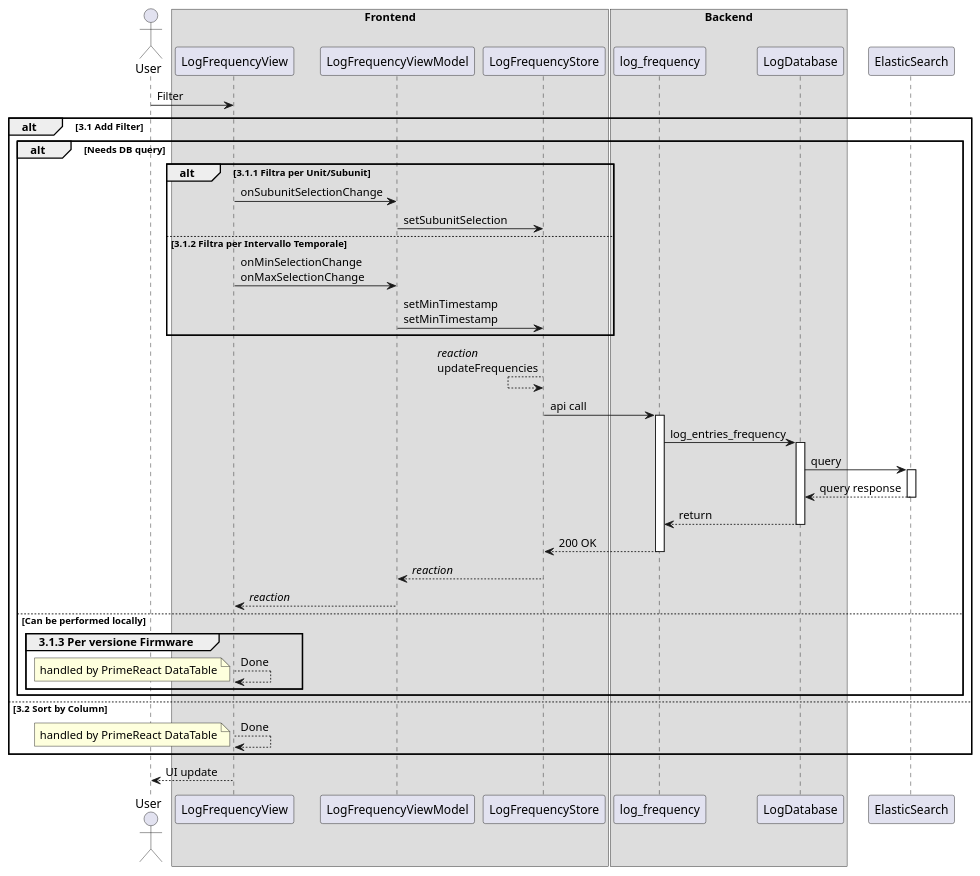
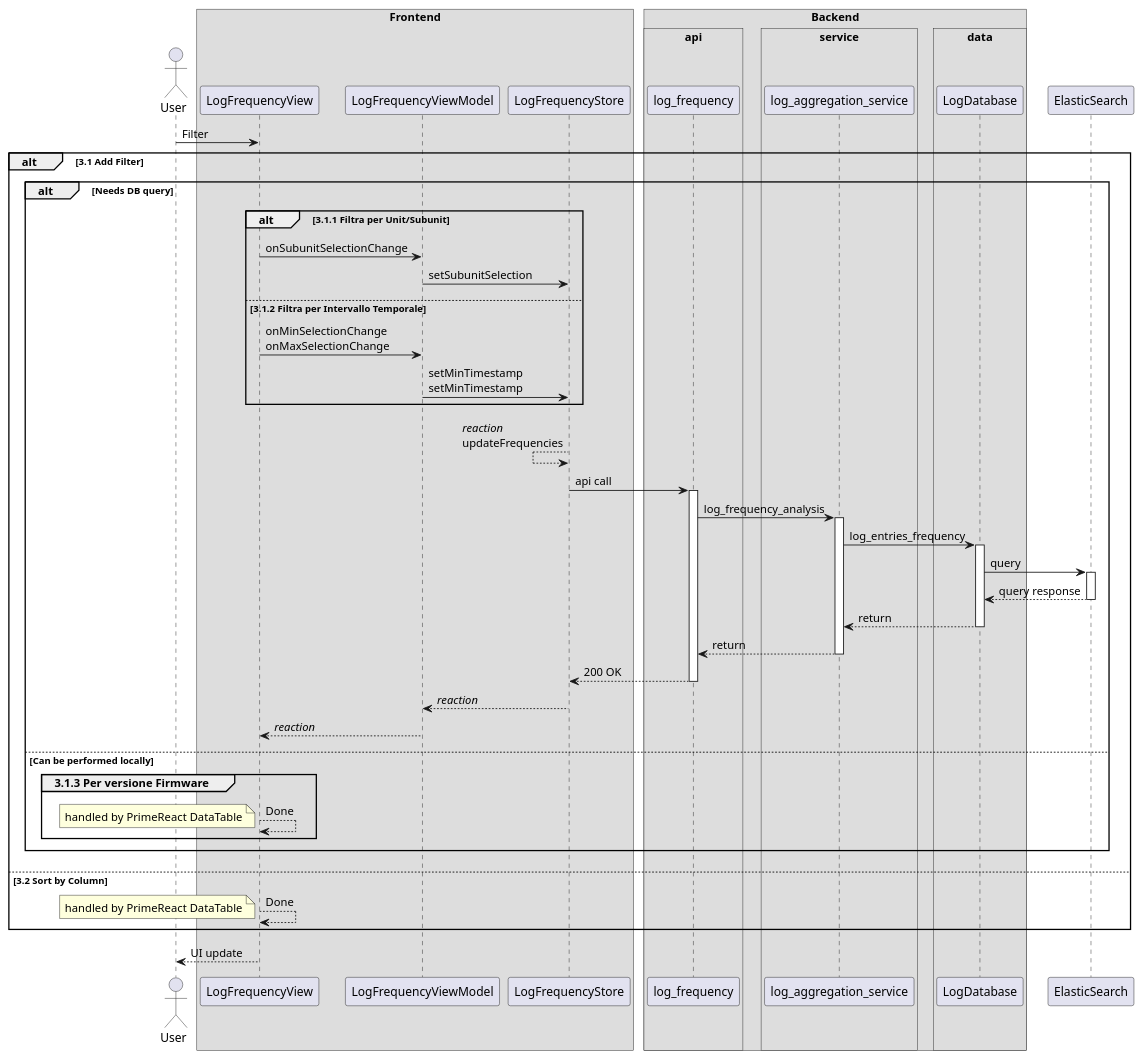
Diagram 11 of 13 in allegato_tecnico.md (sevenelevendevunipd/docs), drawn with PlantUML before and after one commit. The commit also changed other lines of this file and 1 other file, not shown here.

````diff
--- a/allegato_tecnico.md
+++ b/allegato_tecnico.md
@@ -852,55 +920,67 @@
 ```{ .plantuml caption="Diagramma S3"}
 @startuml
+!pragma teoz true
 actor User
 
 box Frontend
 participant LogFrequencyView
 participant LogFrequencyViewModel
 participant LogFrequencyStore
 end box
 
 box Backend
+box api
 participant log_frequency
+end box
+box service
+participant log_aggregation_service
+end box
+box data
 participant LogDatabase
+end box
 end box
 
 participant ElasticSearch
 
 User -> LogFrequencyView:Filter
 alt 3.1 Add Filter
   alt Needs DB query
     alt 3.1.1 Filtra per Unit/Subunit
       LogFrequencyView -> LogFrequencyViewModel: onSubunitSelectionChange
       LogFrequencyViewModel -> LogFrequencyStore: setSubunitSelection
     else 3.1.2 Filtra per Intervallo Temporale
       LogFrequencyView -> LogFrequencyViewModel: onMinSelectionChange\nonMaxSelectionChange
       LogFrequencyViewModel -> LogFrequencyStore: setMinTimestamp\nsetMinTimestamp
     end
     LogFrequencyStore <-- LogFrequencyStore: //reaction//\nupdateFrequencies 
     LogFrequencyStore -> log_frequency: api call
     activate log_frequency
-    log_frequency -> LogDatabase: log_entries_frequency
+    log_frequency -> log_aggregation_service: log_frequency_analysis
+    activate log_aggregation_service
+    log_aggregation_service -> LogDatabase: log_entries_frequency
     activate LogDatabase
     LogDatabase -> ElasticSearch: query
     activate ElasticSearch
     LogDatabase <-- ElasticSearch: query response
     deactivate ElasticSearch
-    log_frequency <-- LogDatabase: return
+    log_aggregation_service <-- LogDatabase: return
     deactivate LogDatabase
+    log_frequency <-- log_aggregation_service: return
+    deactivate log_aggregation_service
     LogFrequencyStore <-- log_frequency: 200 OK
     deactivate log_frequency
     LogFrequencyViewModel <-- LogFrequencyStore: //reaction//
     LogFrequencyView <-- LogFrequencyViewModel: //reaction//
   else Can be performed locally
     group 3.1.3 Per versione Firmware
       LogFrequencyView-->LogFrequencyView:Done
       note left: handled by PrimeReact DataTable
     end
   end
 else 3.2 Sort by Column
   LogFrequencyView-->LogFrequencyView:Done
   note left: handled by PrimeReact DataTable
 end
 User <-- LogFrequencyView: UI update
 @enduml
 ```
````
